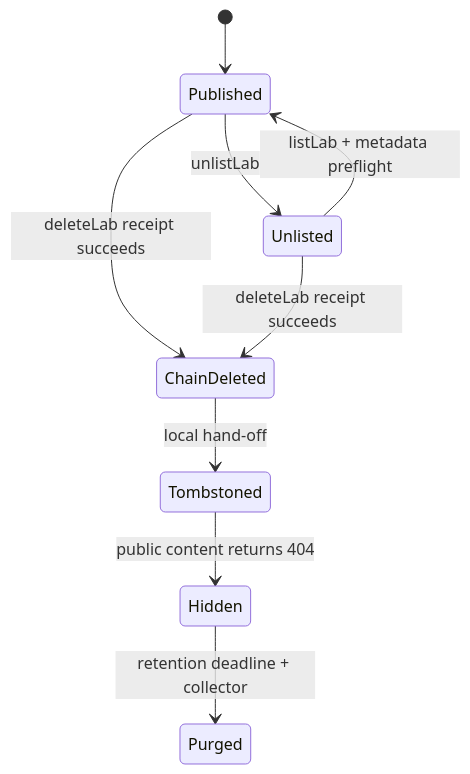
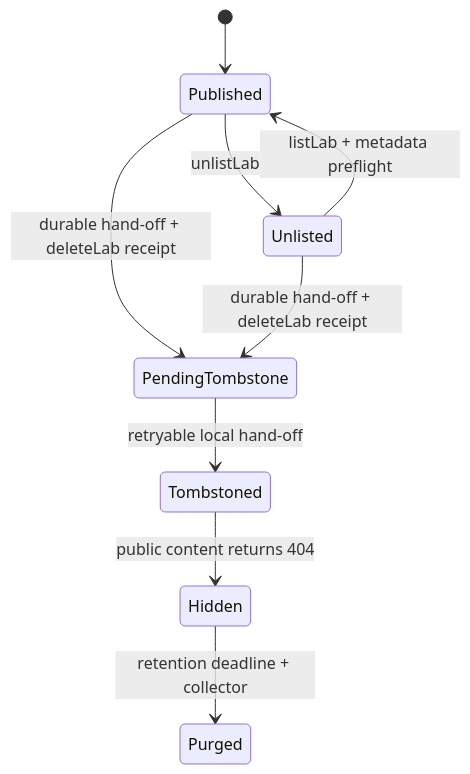
One commit to DecentraLabsCom/Blockchain-Services changed the second of 2 diagrams in docs/services/lab-administration/LAB_ADMINISTRATION.md. Above: the diagram before and after it, drawn with Mermaid. The commit also changed other lines of this file and 12 other files, not shown here.

Commit message:
fix: make lab deletion tombstones durable

````diff
--- a/docs/services/lab-administration/LAB_ADMINISTRATION.md
+++ b/docs/services/lab-administration/LAB_ADMINISTRATION.md
@@ -162,11 +167,11 @@
 ```mermaid
 stateDiagram-v2
     [*] --> Published
     Published --> Unlisted: unlistLab
     Unlisted --> Published: listLab + metadata preflight
-    Published --> ChainDeleted: deleteLab receipt succeeds
-    Unlisted --> ChainDeleted: deleteLab receipt succeeds
-    ChainDeleted --> Tombstoned: local hand-off
+    Published --> PendingTombstone: durable hand-off + deleteLab receipt
+    Unlisted --> PendingTombstone: durable hand-off + deleteLab receipt
+    PendingTombstone --> Tombstoned: retryable local hand-off
     Tombstoned --> Hidden: public content returns 404
     Hidden --> Purged: retention deadline + collector
 ```
````
